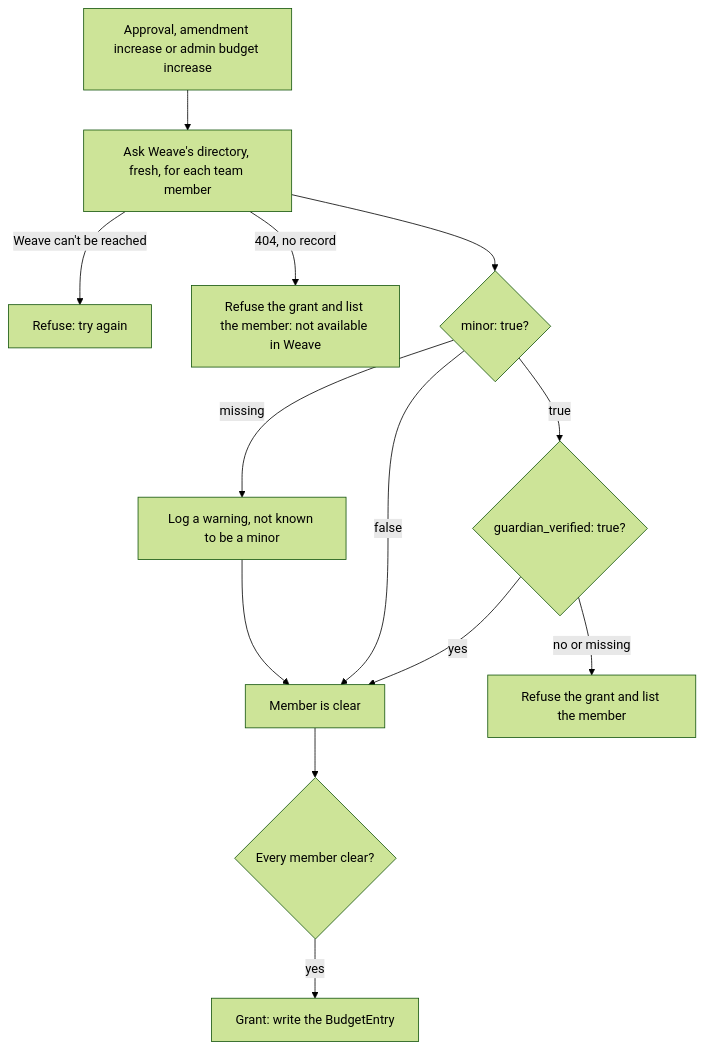
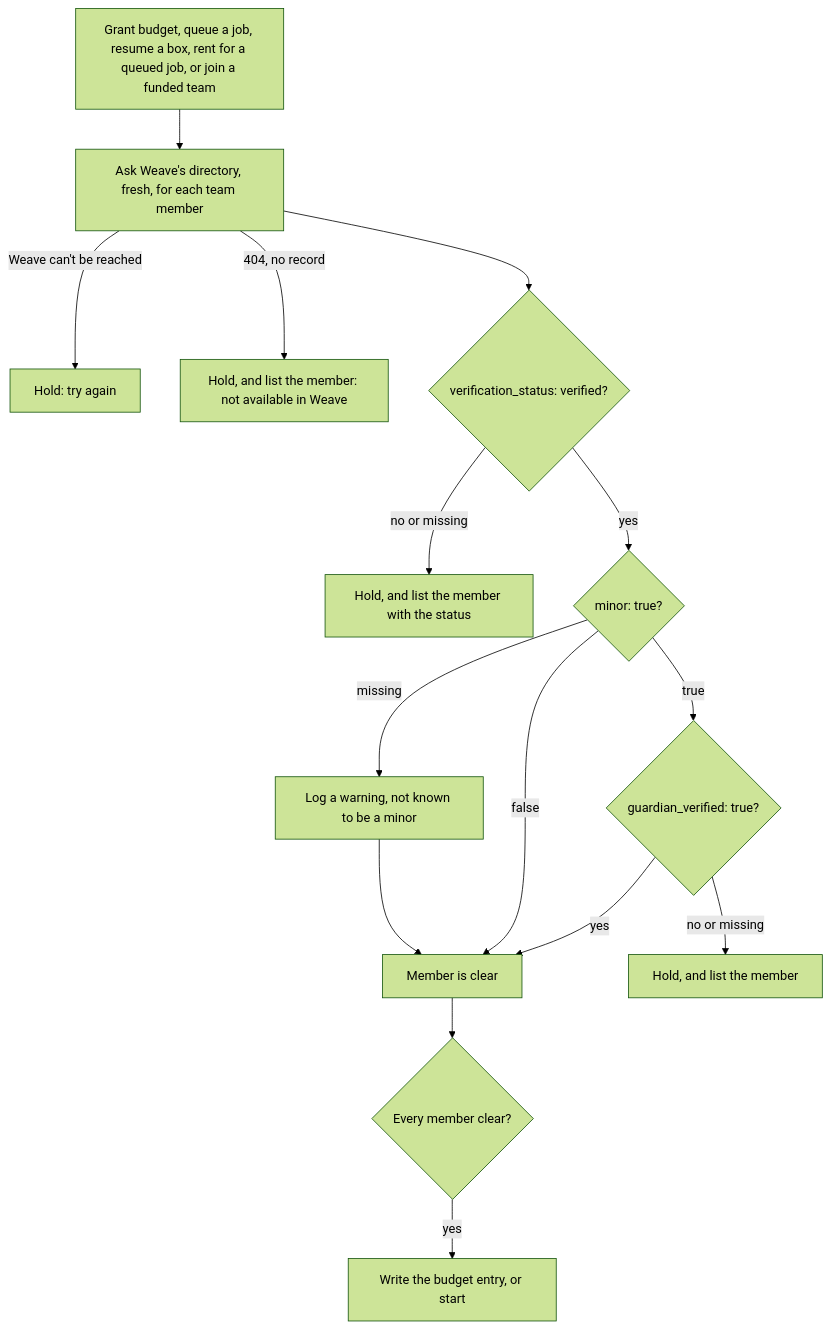
One commit to patchworklabsorg/krater changed the diagram in docs/SPEC.md. Above: the diagram before and after it, drawn with Mermaid (forest theme). The commit also changed other lines of this file and 49 other files, not shown here.

First line of the commit message:
feat: hold budget and compute until the team is verified in Weave (#18)

````diff
--- a/docs/SPEC.md
+++ b/docs/SPEC.md
@@ -409,14 +422,16 @@
 ```mermaid
 flowchart TD
-    A[Approval, amendment increase or admin budget increase] --> B[Ask Weave's directory, fresh, for each team member]
-    B -->|Weave can't be reached| X[Refuse: try again]
-    B -->|404, no record| N[Refuse the grant and list the member: not available in Weave]
-    B --> C{minor: true?}
+    A[Grant budget, queue a job, resume a box, rent for a queued job, or join a funded team] --> B[Ask Weave's directory, fresh, for each team member]
+    B -->|Weave can't be reached| X[Hold: try again]
+    B -->|404, no record| N[Hold, and list the member: not available in Weave]
+    B --> V{verification_status: verified?}
+    V -->|no or missing| H[Hold, and list the member with the status]
+    V -->|yes| C{minor: true?}
     C -->|missing| L[Log a warning, not known to be a minor] --> OK
     C -->|false| OK[Member is clear]
     C -->|true| D{guardian_verified: true?}
     D -->|yes| OK
-    D -->|no or missing| R[Refuse the grant and list the member]
+    D -->|no or missing| R[Hold, and list the member]
     OK --> E{Every member clear?}
-    E -->|yes| G[Grant: write the BudgetEntry]
+    E -->|yes| G[Write the budget entry, or start]
 ```
````
